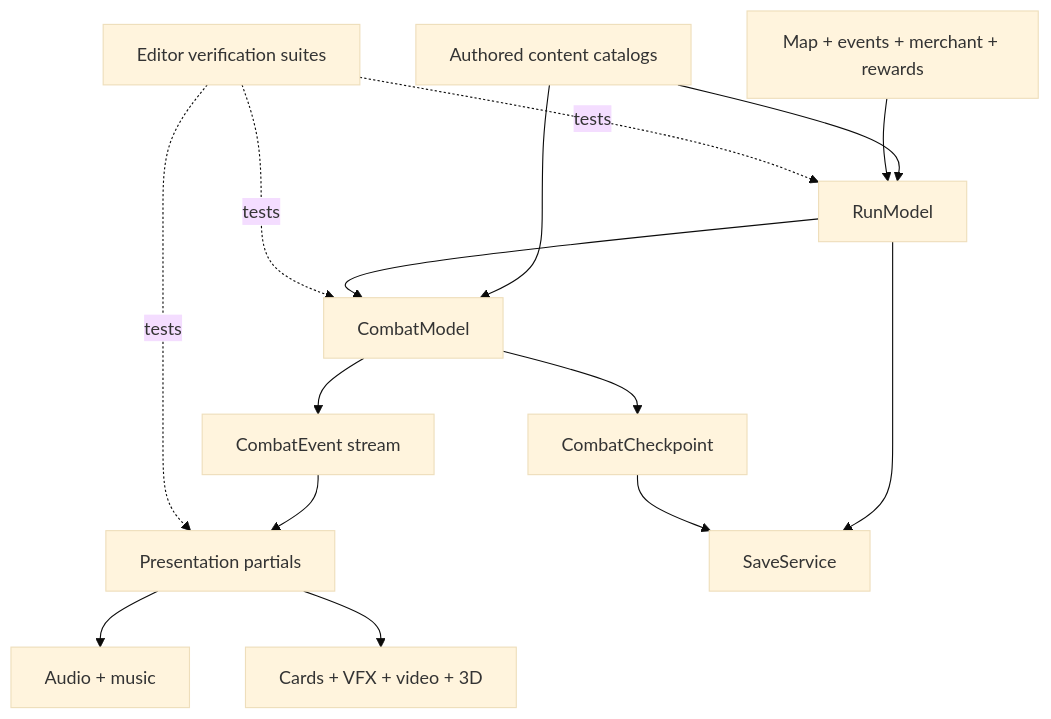
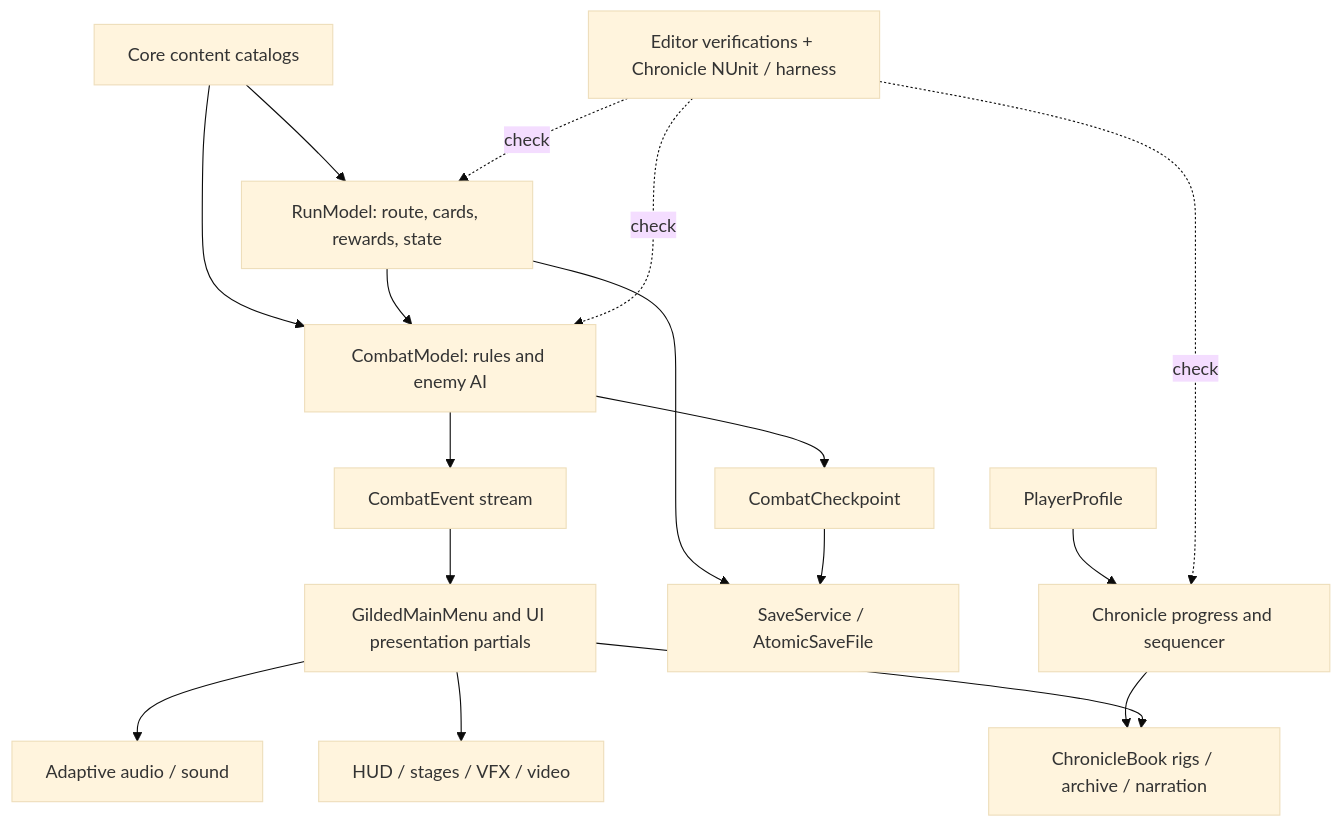
One commit to riverhine1-max/gilded-fate changed the third of 3 diagrams in README.md. Above: the diagram before and after it, drawn with Mermaid (base theme). The commit also changed other lines of this file and 1 other file, not shown here.

````diff
--- a/README.md
+++ b/README.md
@@ -267,17 +354,19 @@
 ```mermaid
 flowchart TB
-    Content[Authored content catalogs] --> Run[RunModel]
-    Content --> Combat[CombatModel]
-    Map[Map + events + merchant + rewards] --> Run
+    Catalog[Core content catalogs] --> Run[RunModel: route, cards, rewards, state]
+    Catalog --> Combat[CombatModel: rules and enemy AI]
     Run --> Combat
     Combat --> Events[CombatEvent stream]
-    Events --> UI[Presentation partials]
-    UI --> Audio[Audio + music]
-    UI --> Visuals[Cards + VFX + video + 3D]
-    Run --> Save[SaveService]
+    Events --> UI[GildedMainMenu and UI presentation partials]
+    UI --> Audio[Adaptive audio / sound]
+    UI --> Visual[HUD / stages / VFX / video]
+    Run --> Persistence[SaveService / AtomicSaveFile]
     Combat --> Checkpoint[CombatCheckpoint]
-    Checkpoint --> Save
-    Verify[Editor verification suites] -. tests .-> Run
-    Verify -. tests .-> Combat
-    Verify -. tests .-> UI
+    Checkpoint --> Persistence
+    Profile[PlayerProfile] --> Chronicle[Chronicle progress and sequencer]
+    Chronicle --> Book[ChronicleBook rigs / archive / narration]
+    UI --> Book
+    Tests[Editor verifications + Chronicle NUnit / harness] -. check .-> Run
+    Tests -. check .-> Combat
+    Tests -. check .-> Chronicle
 ```
````
